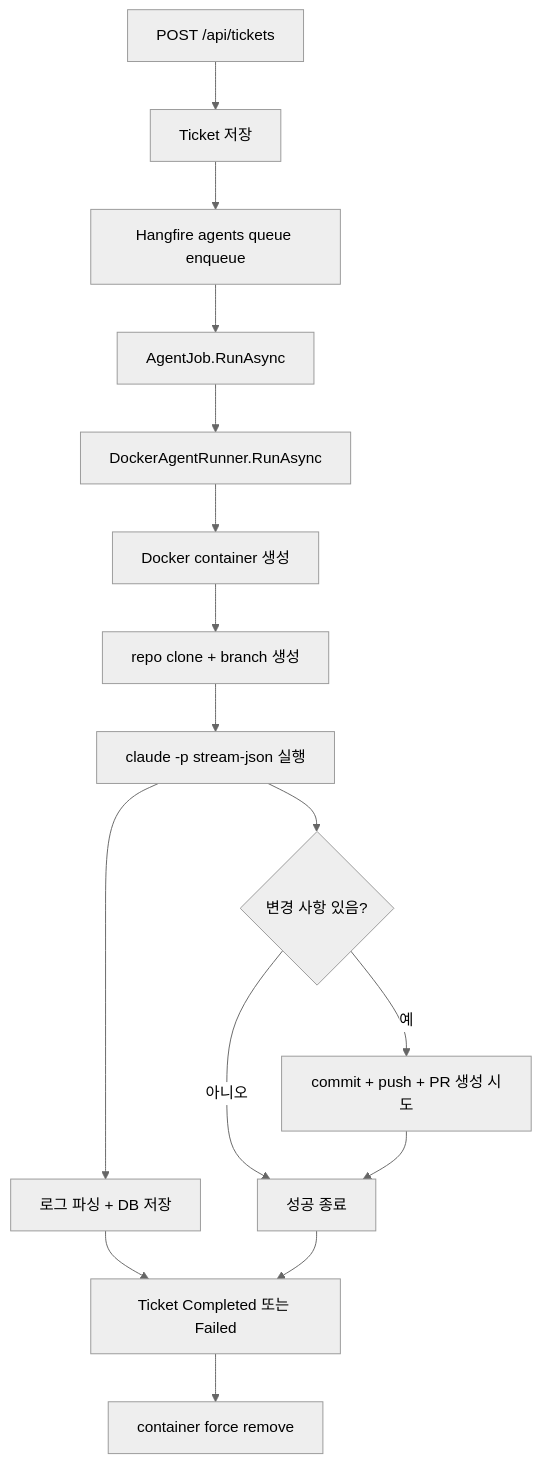
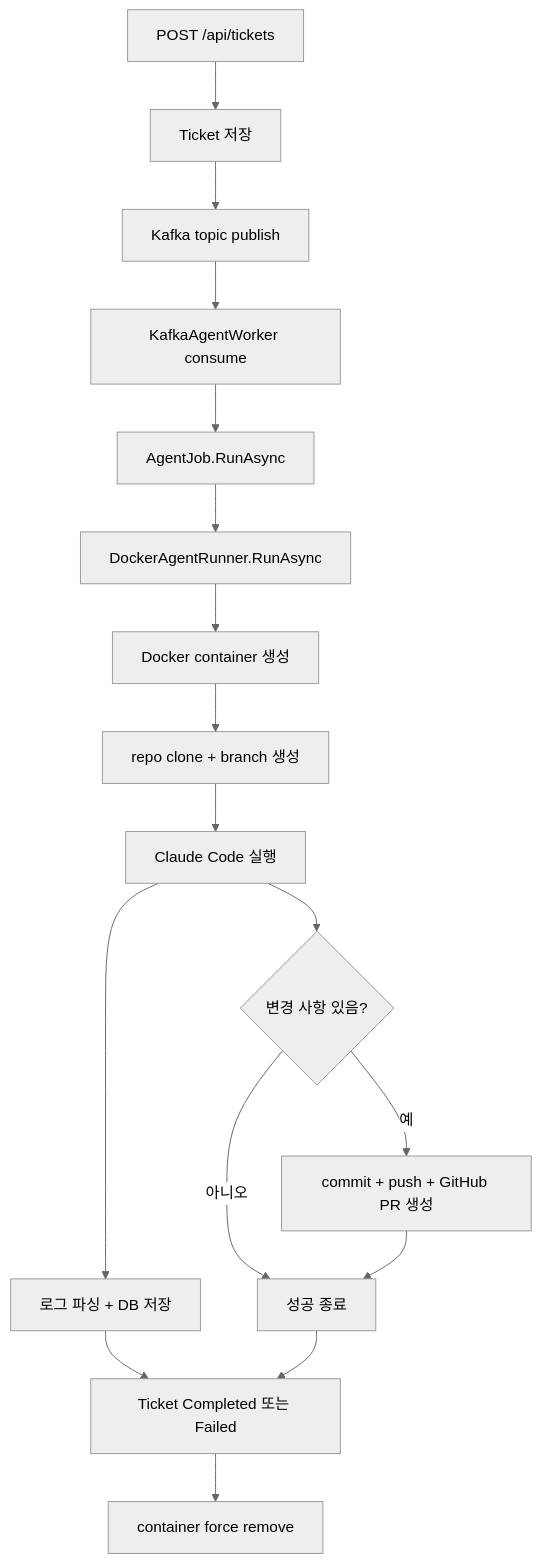
One commit to zzanghyunmoo/ReplaceMe changed the diagram in docs/features/agent-execution.md. Above: the diagram before and after it, drawn with Mermaid (neutral theme). The commit also changed other lines of this file and 22 other files, not shown here.

First line of the commit message:
feat(queue): run agent jobs through Kafka

````diff
--- a/docs/features/agent-execution.md
+++ b/docs/features/agent-execution.md
@@ -11,18 +12,19 @@
 ```mermaid
 flowchart TD
     A[POST /api/tickets] --> B[Ticket 저장]
-    B --> C[Hangfire agents queue enqueue]
-    C --> D[AgentJob.RunAsync]
-    D --> E[DockerAgentRunner.RunAsync]
-    E --> F[Docker container 생성]
-    F --> G[repo clone + branch 생성]
-    G --> H[claude -p stream-json 실행]
-    H --> I[로그 파싱 + DB 저장]
-    H --> J{변경 사항 있음?}
-    J -- 예 --> K[commit + push + PR 생성 시도]
-    J -- 아니오 --> L[성공 종료]
-    K --> L
-    I --> M[Ticket Completed 또는 Failed]
+    B --> C[Kafka topic publish]
+    C --> D[KafkaAgentWorker consume]
+    D --> E[AgentJob.RunAsync]
+    E --> F[DockerAgentRunner.RunAsync]
+    F --> G[Docker container 생성]
+    G --> H[repo clone + branch 생성]
+    H --> I[Claude Code 실행]
+    I --> J[로그 파싱 + DB 저장]
+    I --> K{변경 사항 있음?}
+    K -- 예 --> L[commit + push + GitHub PR 생성]
+    K -- 아니오 --> M[성공 종료]
     L --> M
-    M --> N[container force remove]
+    J --> N[Ticket Completed 또는 Failed]
+    M --> N
+    N --> O[container force remove]
 ```
````
